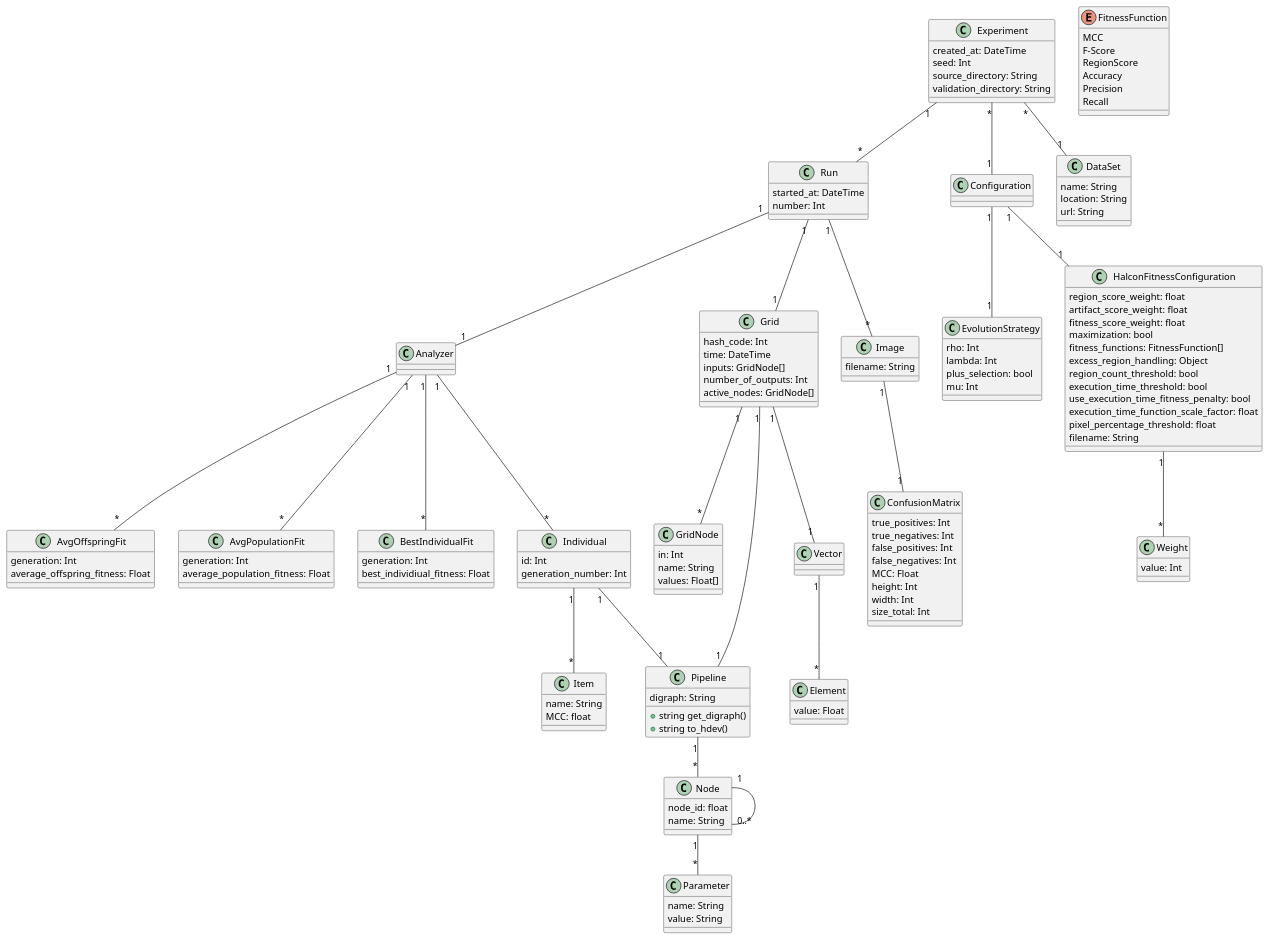
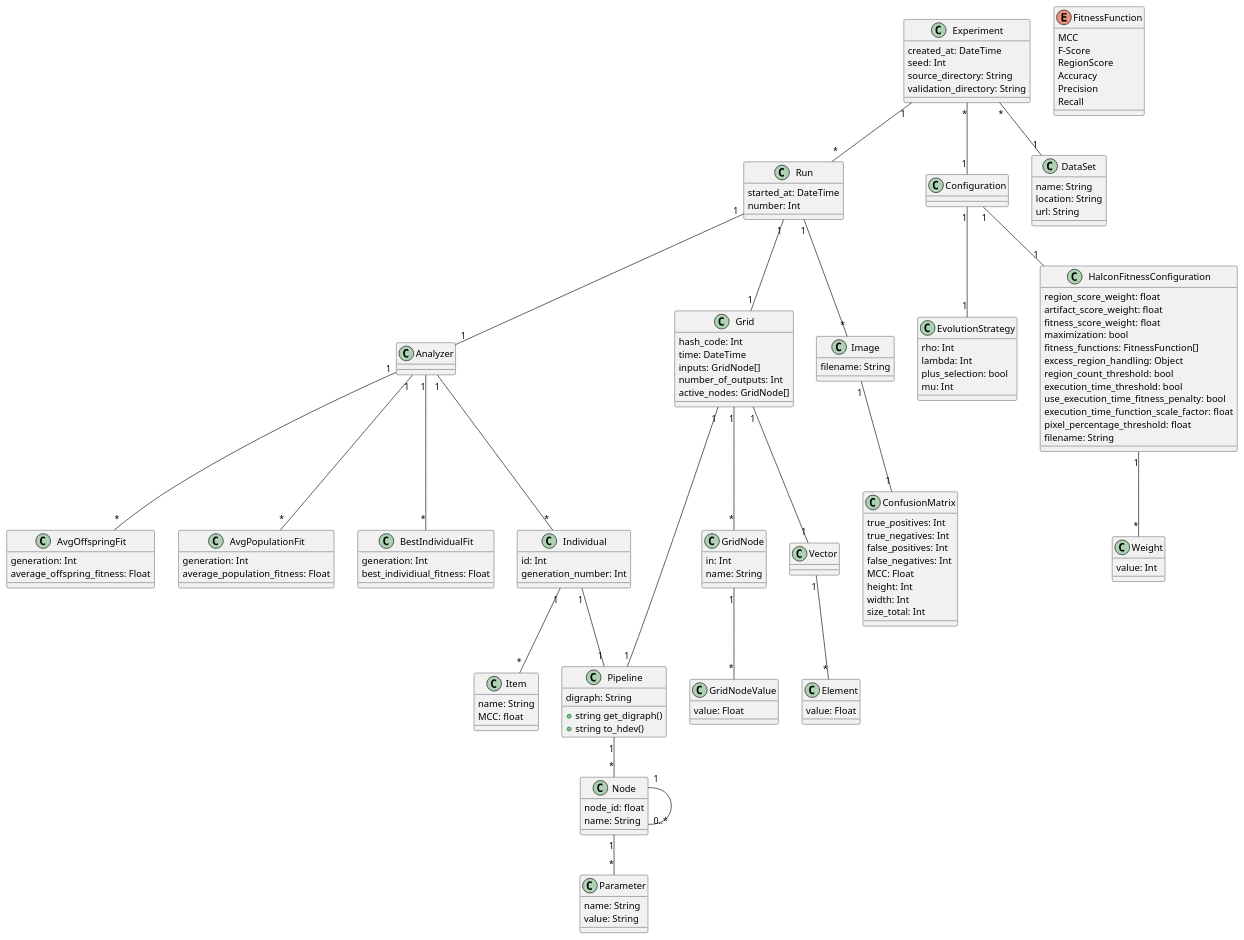
Before and after one commit to anmarchio/experiments: the diagram in diagrams/DataModel.md, drawn with PlantUML.

```diff
--- a/diagrams/DataModel.md
+++ b/diagrams/DataModel.md
@@ -96,8 +96,12 @@
 class GridNode {
   in: Int
   name: String
-  values: Float[]
 }
+
+class GridNodeValue {
+  value: Float
+}
+
 class Pipeline {
   digraph: String
   + string get_digraph()
@@ -154,6 +158,7 @@
 
 Run "1" -- "1" Grid
 Grid "1" -- "*" GridNode
+GridNode "1" -- "*" GridNodeValue
 Grid "1" -- "1" Pipeline
 Grid "1" -- "1" Vector
 Vector "1" -- "*" Element
```
